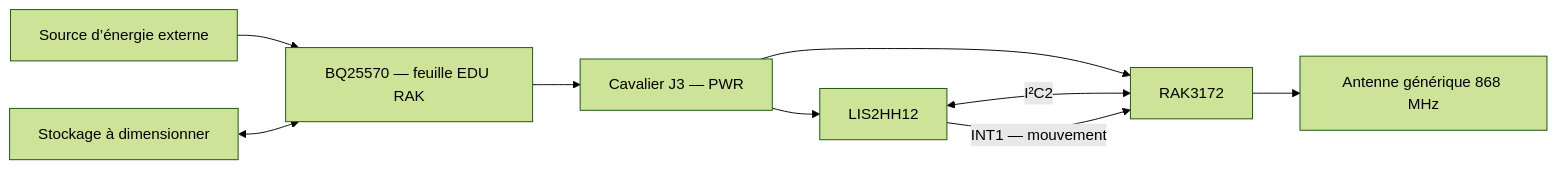
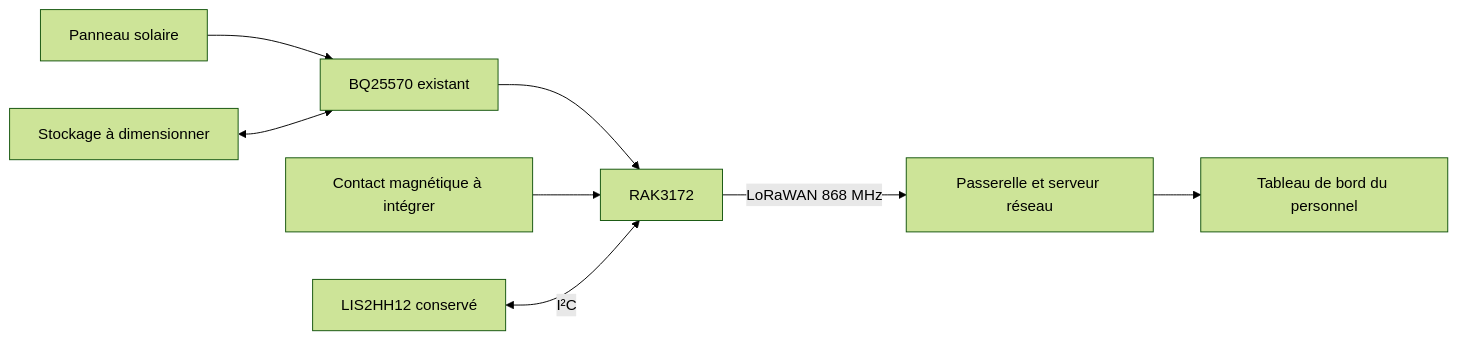
The diagram in README.md (amirabouraoui01-stack/EDU_RAK_2026), drawn with Mermaid (forest theme) before and after one commit. The commit also changed other lines of this file and 11 other files, not shown here.

````diff
--- a/README.md
+++ b/README.md
@@ -29,11 +34,10 @@
 ```mermaid
 flowchart LR
-  E[Source d’énergie externe] --> B[BQ25570 — feuille EDU RAK]
+  P[Panneau solaire] --> B[BQ25570 existant]
   S[Stockage à dimensionner] <--> B
-  B --> J[Cavalier J3 — PWR]
-  J --> R[RAK3172]
-  J --> A[LIS2HH12]
-  A <-->|I²C2| R
-  A -->|INT1 — mouvement| R
-  R --> ANT[Antenne générique 868 MHz]
+  B --> R[RAK3172]
+  C[Contact magnétique à intégrer] --> R
+  A[LIS2HH12 conservé] <-->|I²C| R
+  R -->|LoRaWAN 868 MHz| G[Passerelle et serveur réseau]
+  G --> T[Tableau de bord du personnel]
 ```
````
